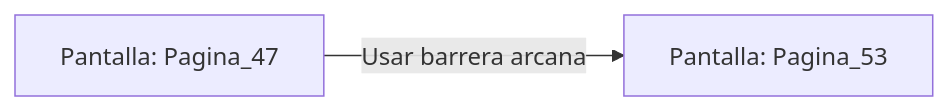
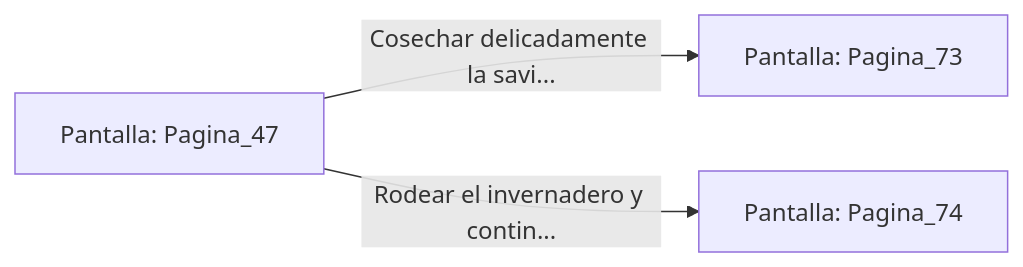
The diagram in sample/eligejuego-vault/Pantalla_Pagina_47.md (metsuke/mpl), drawn with Mermaid before and after one commit. The commit also changed other lines of this file and 635 other files, not shown here.

First line of the commit message:
fix: añadir Pagina_1 como pantalla inicial en capitulo_01.mpl

````diff
--- a/sample/eligejuego-vault/Pantalla_Pagina_47.md
+++ b/sample/eligejuego-vault/Pantalla_Pagina_47.md
@@ -14,5 +24,6 @@
 ```mermaid
 graph LR
     P_Pagina_47["Pantalla: Pagina_47"]
-    P_Pagina_47 -->|"Usar barrera arcana"| P_Pagina_53["Pantalla: Pagina_53"]
+    P_Pagina_47 -->|"Cosechar delicadamente la savi..."| P_Pagina_73["Pantalla: Pagina_73"]
+    P_Pagina_47 -->|"Rodear el invernadero y contin..."| P_Pagina_74["Pantalla: Pagina_74"]
 ```
````
